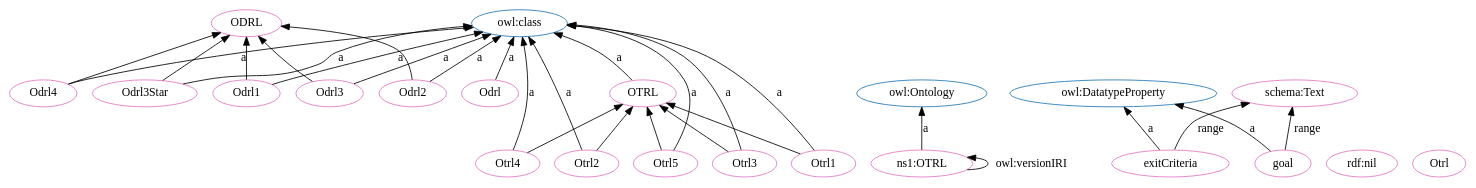
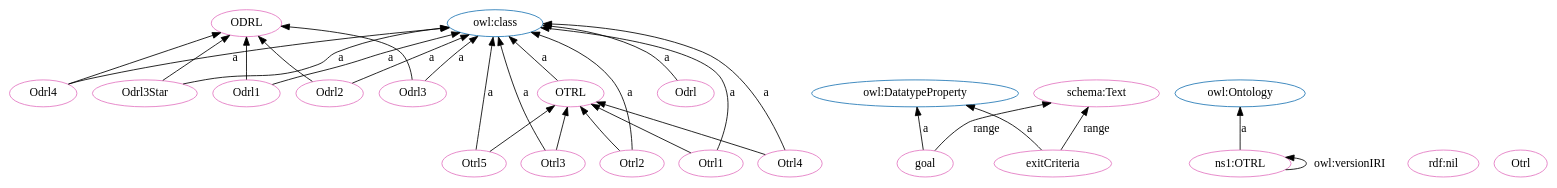
The diagram in OTRL.dot (OPEN-NEXT/OKH-LOSH), drawn with Graphviz before and after one commit. The commit also changed other lines of this file and 15 other files, not shown here.

```diff
--- a/OTRL.dot
+++ b/OTRL.dot
@@ -1,56 +1,56 @@
 digraph G {
   rankdir=BT
   node[height=.3]
+"http://purl.org/oseg/ontologies/OTRL#OTRL" [fillcolor="#1f77b4" color="#1f77b4" label="OTRL"]
+"http://www.w3.org/2002/07/owl#class" [fillcolor="#1f77b4" color="#1f77b4" label="owl:class"]
 "http://purl.org/oseg/ontologies/OTRL#ODRL" [fillcolor="#1f77b4" color="#1f77b4" label="ODRL"]
+"http://www.w3.org/2002/07/owl#DatatypeProperty" [fillcolor="#1f77b4" color="#1f77b4" label="owl:DatatypeProperty"]
 "http://www.w3.org/2002/07/owl#Ontology" [fillcolor="#1f77b4" color="#1f77b4" label="owl:Ontology"]
-"http://www.w3.org/2002/07/owl#class" [fillcolor="#1f77b4" color="#1f77b4" label="owl:class"]
-"http://www.w3.org/2002/07/owl#DatatypeProperty" [fillcolor="#1f77b4" color="#1f77b4" label="owl:DatatypeProperty"]
-"http://purl.org/oseg/ontologies/OTRL#OTRL" [fillcolor="#1f77b4" color="#1f77b4" label="OTRL"]
 "http://www.w3.org/1999/02/22-rdf-syntax-ns#nil" [fillcolor="#e377c2" color="#e377c2" label="rdf:nil"]
+"http://purl.org/oseg/ontologies/OTRL#OTRL" [fillcolor="#e377c2" color="#e377c2" label="OTRL"]
+"http://purl.org/oseg/ontologies/OTRL#Odrl3Star" [fillcolor="#e377c2" color="#e377c2" label="Odrl3Star"]
+"http://purl.org/oseg/ontologies/OTRL#Otrl2" [fillcolor="#e377c2" color="#e377c2" label="Otrl2"]
+"http://purl.org/oseg/ontologies/OTRL#goal" [fillcolor="#e377c2" color="#e377c2" label="goal"]
+"http://purl.org/oseg/ontologies/OTRL#ODRL" [fillcolor="#e377c2" color="#e377c2" label="ODRL"]
+"http://purl.org/oseg/ontologies/OTRL#Odrl" [fillcolor="#e377c2" color="#e377c2" label="Odrl"]
+"http://purl.org/oseg/ontologies/OTRL#Odrl4" [fillcolor="#e377c2" color="#e377c2" label="Odrl4"]
+"http://schema.org/Text" [fillcolor="#e377c2" color="#e377c2" label="schema:Text"]
+"http://purl.org/oseg/ontologies/OTRL" [fillcolor="#e377c2" color="#e377c2" label="ns1:OTRL"]
+"http://purl.org/oseg/ontologies/OTRL#exitCriteria" [fillcolor="#e377c2" color="#e377c2" label="exitCriteria"]
+"http://purl.org/oseg/ontologies/OTRL#Odrl2" [fillcolor="#e377c2" color="#e377c2" label="Odrl2"]
+"http://purl.org/oseg/ontologies/OTRL#Otrl3" [fillcolor="#e377c2" color="#e377c2" label="Otrl3"]
+"http://purl.org/oseg/ontologies/OTRL#Odrl3" [fillcolor="#e377c2" color="#e377c2" label="Odrl3"]
+"http://purl.org/oseg/ontologies/OTRL#Otrl4" [fillcolor="#e377c2" color="#e377c2" label="Otrl4"]
+"http://purl.org/oseg/ontologies/OTRL#Otrl5" [fillcolor="#e377c2" color="#e377c2" label="Otrl5"]
+"http://purl.org/oseg/ontologies/OTRL#Odrl1" [fillcolor="#e377c2" color="#e377c2" label="Odrl1"]
+"http://purl.org/oseg/ontologies/OTRL#Otrl" [fillcolor="#e377c2" color="#e377c2" label="Otrl"]
 "http://purl.org/oseg/ontologies/OTRL#Otrl1" [fillcolor="#e377c2" color="#e377c2" label="Otrl1"]
-"http://purl.org/oseg/ontologies/OTRL#ODRL" [fillcolor="#e377c2" color="#e377c2" label="ODRL"]
-"http://purl.org/oseg/ontologies/OTRL#Otrl" [fillcolor="#e377c2" color="#e377c2" label="Otrl"]
-"http://schema.org/Text" [fillcolor="#e377c2" color="#e377c2" label="schema:Text"]
-"http://purl.org/oseg/ontologies/OTRL#OTRL" [fillcolor="#e377c2" color="#e377c2" label="OTRL"]
-"http://purl.org/oseg/ontologies/OTRL#Odrl" [fillcolor="#e377c2" color="#e377c2" label="Odrl"]
-"http://purl.org/oseg/ontologies/OTRL#Otrl5" [fillcolor="#e377c2" color="#e377c2" label="Otrl5"]
-"http://purl.org/oseg/ontologies/OTRL#exitCriteria" [fillcolor="#e377c2" color="#e377c2" label="exitCriteria"]
-"http://purl.org/oseg/ontologies/OTRL" [fillcolor="#e377c2" color="#e377c2" label="ns1:OTRL"]
-"http://purl.org/oseg/ontologies/OTRL#Odrl3" [fillcolor="#e377c2" color="#e377c2" label="Odrl3"]
-"http://purl.org/oseg/ontologies/OTRL#Odrl2" [fillcolor="#e377c2" color="#e377c2" label="Odrl2"]
-"http://purl.org/oseg/ontologies/OTRL#goal" [fillcolor="#e377c2" color="#e377c2" label="goal"]
-"http://purl.org/oseg/ontologies/OTRL#Odrl1" [fillcolor="#e377c2" color="#e377c2" label="Odrl1"]
-"http://purl.org/oseg/ontologies/OTRL#Otrl4" [fillcolor="#e377c2" color="#e377c2" label="Otrl4"]
-"http://purl.org/oseg/ontologies/OTRL#Odrl3Star" [fillcolor="#e377c2" color="#e377c2" label="Odrl3Star"]
-"http://purl.org/oseg/ontologies/OTRL#Otrl3" [fillcolor="#e377c2" color="#e377c2" label="Otrl3"]
-"http://purl.org/oseg/ontologies/OTRL#Otrl2" [fillcolor="#e377c2" color="#e377c2" label="Otrl2"]
-"http://purl.org/oseg/ontologies/OTRL#Odrl4" [fillcolor="#e377c2" color="#e377c2" label="Odrl4"]
-  "http://purl.org/oseg/ontologies/OTRL#Odrl2" -> "http://purl.org/oseg/ontologies/OTRL#ODRL" [label=""]
+  "http://purl.org/oseg/ontologies/OTRL#Otrl2" -> "http://www.w3.org/2002/07/owl#class" [label="a"]
+  "http://purl.org/oseg/ontologies/OTRL#goal" -> "http://www.w3.org/2002/07/owl#DatatypeProperty" [label="a"]
+  "http://purl.org/oseg/ontologies/OTRL#Odrl3" -> "http://purl.org/oseg/ontologies/OTRL#ODRL" [label=""]
+  "http://purl.org/oseg/ontologies/OTRL#OTRL" -> "http://www.w3.org/2002/07/owl#class" [label="a"]
+  "http://purl.org/oseg/ontologies/OTRL" -> "http://purl.org/oseg/ontologies/OTRL" [label="owl:versionIRI"]
+  "http://purl.org/oseg/ontologies/OTRL#exitCriteria" -> "http://www.w3.org/2002/07/owl#DatatypeProperty" [label="a"]
+  "http://purl.org/oseg/ontologies/OTRL#Otrl2" -> "http://purl.org/oseg/ontologies/OTRL#OTRL" [label=""]
+  "http://purl.org/oseg/ontologies/OTRL#goal" -> "http://schema.org/Text" [label="range"]
+  "http://purl.org/oseg/ontologies/OTRL#Otrl3" -> "http://www.w3.org/2002/07/owl#class" [label="a"]
+  "http://purl.org/oseg/ontologies/OTRL#Odrl3" -> "http://www.w3.org/2002/07/owl#class" [label="a"]
+  "http://purl.org/oseg/ontologies/OTRL#Otrl4" -> "http://purl.org/oseg/ontologies/OTRL#OTRL" [label=""]
+  "http://purl.org/oseg/ontologies/OTRL" -> "http://www.w3.org/2002/07/owl#Ontology" [label="a"]
+  "http://purl.org/oseg/ontologies/OTRL#Otrl1" -> "http://purl.org/oseg/ontologies/OTRL#OTRL" [label=""]
+  "http://purl.org/oseg/ontologies/OTRL#Otrl5" -> "http://www.w3.org/2002/07/owl#class" [label="a"]
+  "http://purl.org/oseg/ontologies/OTRL#Odrl1" -> "http://purl.org/oseg/ontologies/OTRL#ODRL" [label=""]
+  "http://purl.org/oseg/ontologies/OTRL#Odrl4" -> "http://purl.org/oseg/ontologies/OTRL#ODRL" [label=""]
+  "http://purl.org/oseg/ontologies/OTRL#Otrl3" -> "http://purl.org/oseg/ontologies/OTRL#OTRL" [label=""]
+  "http://purl.org/oseg/ontologies/OTRL#Odrl3Star" -> "http://www.w3.org/2002/07/owl#class" [label="a"]
+  "http://purl.org/oseg/ontologies/OTRL#Odrl4" -> "http://www.w3.org/2002/07/owl#class" [label="a"]
   "http://purl.org/oseg/ontologies/OTRL#exitCriteria" -> "http://schema.org/Text" [label="range"]
-  "http://purl.org/oseg/ontologies/OTRL#Otrl2" -> "http://purl.org/oseg/ontologies/OTRL#OTRL" [label=""]
-  "http://purl.org/oseg/ontologies/OTRL#exitCriteria" -> "http://www.w3.org/2002/07/owl#DatatypeProperty" [label="a"]
-  "http://purl.org/oseg/ontologies/OTRL" -> "http://purl.org/oseg/ontologies/OTRL" [label="owl:versionIRI"]
-  "http://purl.org/oseg/ontologies/OTRL#Odrl1" -> "http://purl.org/oseg/ontologies/OTRL#ODRL" [label=""]
-  "http://purl.org/oseg/ontologies/OTRL#OTRL" -> "http://www.w3.org/2002/07/owl#class" [label="a"]
+  "http://purl.org/oseg/ontologies/OTRL#Odrl" -> "http://www.w3.org/2002/07/owl#class" [label="a"]
+  "http://purl.org/oseg/ontologies/OTRL#Odrl2" -> "http://www.w3.org/2002/07/owl#class" [label="a"]
+  "http://purl.org/oseg/ontologies/OTRL#Otrl5" -> "http://purl.org/oseg/ontologies/OTRL#OTRL" [label=""]
   "http://purl.org/oseg/ontologies/OTRL#Otrl4" -> "http://www.w3.org/2002/07/owl#class" [label="a"]
-  "http://purl.org/oseg/ontologies/OTRL#Odrl3Star" -> "http://www.w3.org/2002/07/owl#class" [label="a"]
-  "http://purl.org/oseg/ontologies/OTRL#Otrl3" -> "http://www.w3.org/2002/07/owl#class" [label="a"]
-  "http://purl.org/oseg/ontologies/OTRL#Odrl4" -> "http://www.w3.org/2002/07/owl#class" [label="a"]
-  "http://purl.org/oseg/ontologies/OTRL" -> "http://www.w3.org/2002/07/owl#Ontology" [label="a"]
-  "http://purl.org/oseg/ontologies/OTRL#Otrl1" -> "http://www.w3.org/2002/07/owl#class" [label="a"]
-  "http://purl.org/oseg/ontologies/OTRL#Otrl5" -> "http://www.w3.org/2002/07/owl#class" [label="a"]
-  "http://purl.org/oseg/ontologies/OTRL#Odrl3" -> "http://www.w3.org/2002/07/owl#class" [label="a"]
-  "http://purl.org/oseg/ontologies/OTRL#Odrl2" -> "http://www.w3.org/2002/07/owl#class" [label="a"]
-  "http://purl.org/oseg/ontologies/OTRL#Otrl4" -> "http://purl.org/oseg/ontologies/OTRL#OTRL" [label=""]
-  "http://purl.org/oseg/ontologies/OTRL#goal" -> "http://www.w3.org/2002/07/owl#DatatypeProperty" [label="a"]
-  "http://purl.org/oseg/ontologies/OTRL#Otrl3" -> "http://purl.org/oseg/ontologies/OTRL#OTRL" [label=""]
   "http://purl.org/oseg/ontologies/OTRL#Odrl1" -> "http://www.w3.org/2002/07/owl#class" [label="a"]
   "http://purl.org/oseg/ontologies/OTRL#Odrl3Star" -> "http://purl.org/oseg/ontologies/OTRL#ODRL" [label=""]
-  "http://purl.org/oseg/ontologies/OTRL#Odrl4" -> "http://purl.org/oseg/ontologies/OTRL#ODRL" [label=""]
-  "http://purl.org/oseg/ontologies/OTRL#Otrl1" -> "http://purl.org/oseg/ontologies/OTRL#OTRL" [label=""]
-  "http://purl.org/oseg/ontologies/OTRL#Otrl5" -> "http://purl.org/oseg/ontologies/OTRL#OTRL" [label=""]
-  "http://purl.org/oseg/ontologies/OTRL#goal" -> "http://schema.org/Text" [label="range"]
-  "http://purl.org/oseg/ontologies/OTRL#Otrl2" -> "http://www.w3.org/2002/07/owl#class" [label="a"]
-  "http://purl.org/oseg/ontologies/OTRL#Odrl" -> "http://www.w3.org/2002/07/owl#class" [label="a"]
-  "http://purl.org/oseg/ontologies/OTRL#Odrl3" -> "http://purl.org/oseg/ontologies/OTRL#ODRL" [label=""]
+  "http://purl.org/oseg/ontologies/OTRL#Otrl1" -> "http://www.w3.org/2002/07/owl#class" [label="a"]
+  "http://purl.org/oseg/ontologies/OTRL#Odrl2" -> "http://purl.org/oseg/ontologies/OTRL#ODRL" [label=""]
 }
```
